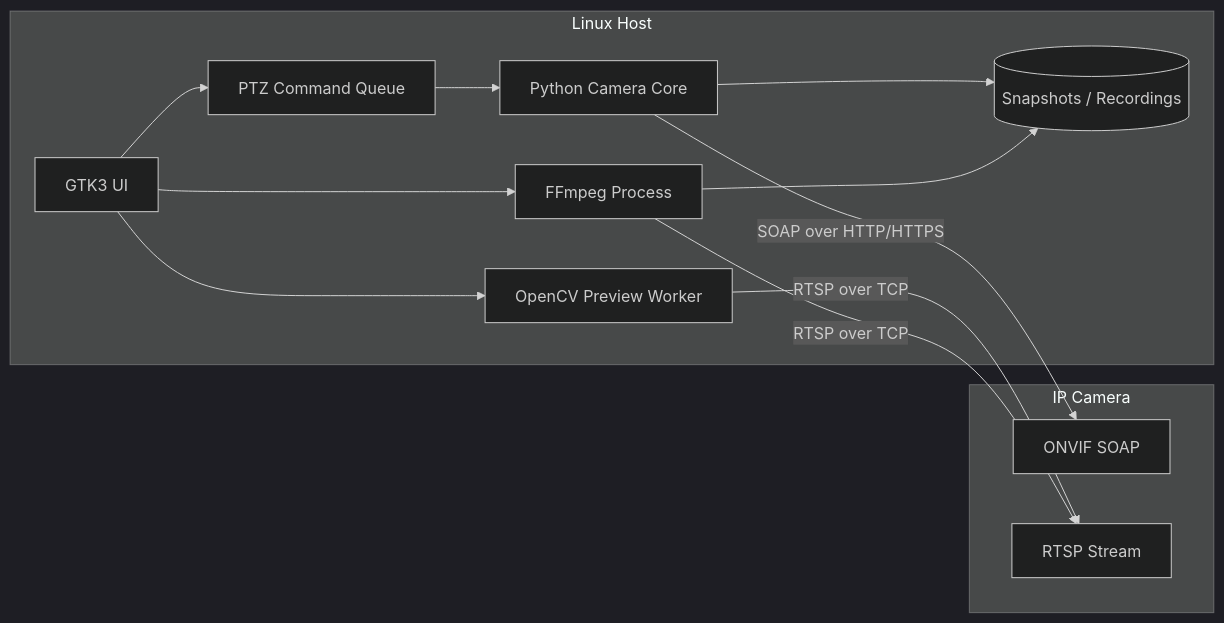
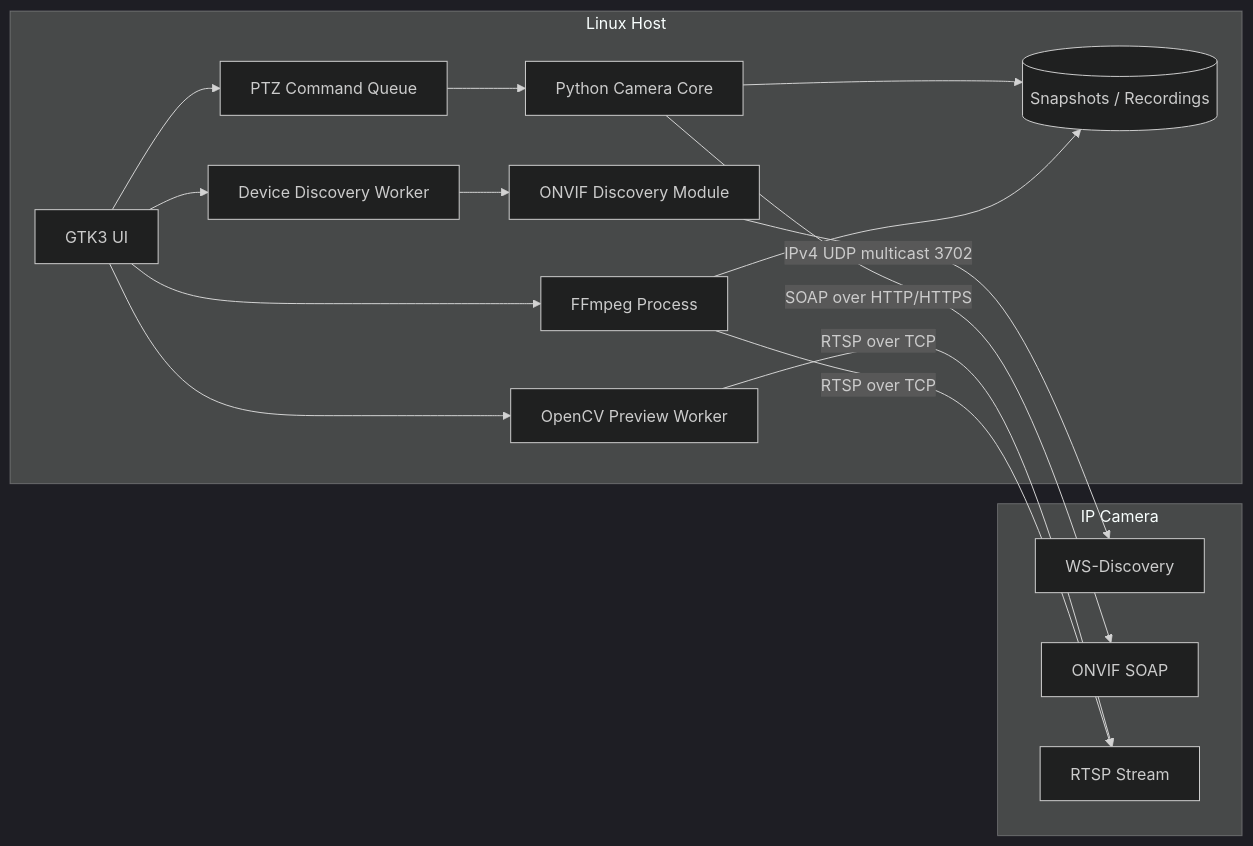
The first of 3 diagrams in ARCHITECTURE.md (Quectel-Pi/demo-ipc-console), drawn with Mermaid (dark theme) before and after one commit. The commit also changed other lines of this file and 7 other files, not shown here.

Commit message:
feat: add ONVIF device discovery

````diff
--- a/ARCHITECTURE.md
+++ b/ARCHITECTURE.md
@@ -9,26 +9,32 @@
 ```mermaid
 flowchart LR
     subgraph Camera[IP Camera]
+        Discovery[WS-Discovery]
         ONVIF[ONVIF SOAP]
         RTSP[RTSP Stream]
     end
 
     subgraph Host[Linux Host]
         GTK[GTK3 UI]
+        Scanner[Device Discovery Worker]
+        DiscoveryCore[ONVIF Discovery Module]
         Preview[OpenCV Preview Worker]
         PTZ[PTZ Command Queue]
         Core[Python Camera Core]
         Recorder[FFmpeg Process]
         Files[(Snapshots / Recordings)]
     end
 
     GTK --> Preview
     GTK --> PTZ
+    GTK --> Scanner
+    Scanner --> DiscoveryCore
+    DiscoveryCore -->|IPv4 UDP multicast 3702| Discovery
     PTZ --> Core
     Core -->|SOAP over HTTP/HTTPS| ONVIF
     Preview -->|RTSP over TCP| RTSP
     GTK --> Recorder
     Recorder -->|RTSP over TCP| RTSP
     Core --> Files
     Recorder --> Files
 ```
````
